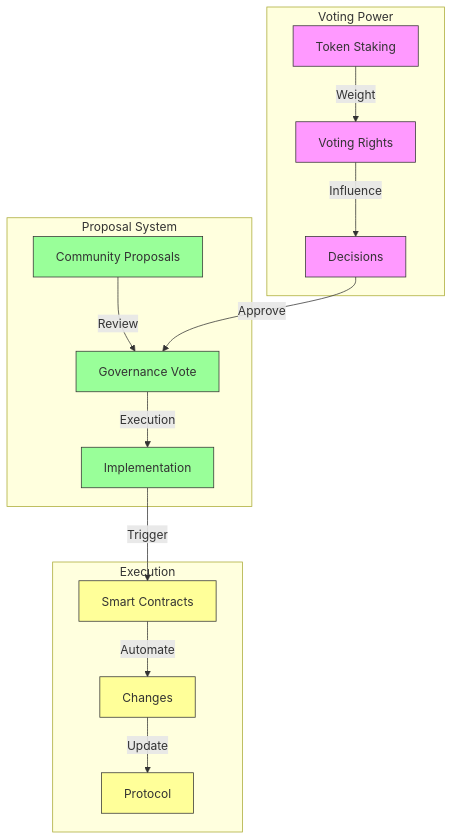
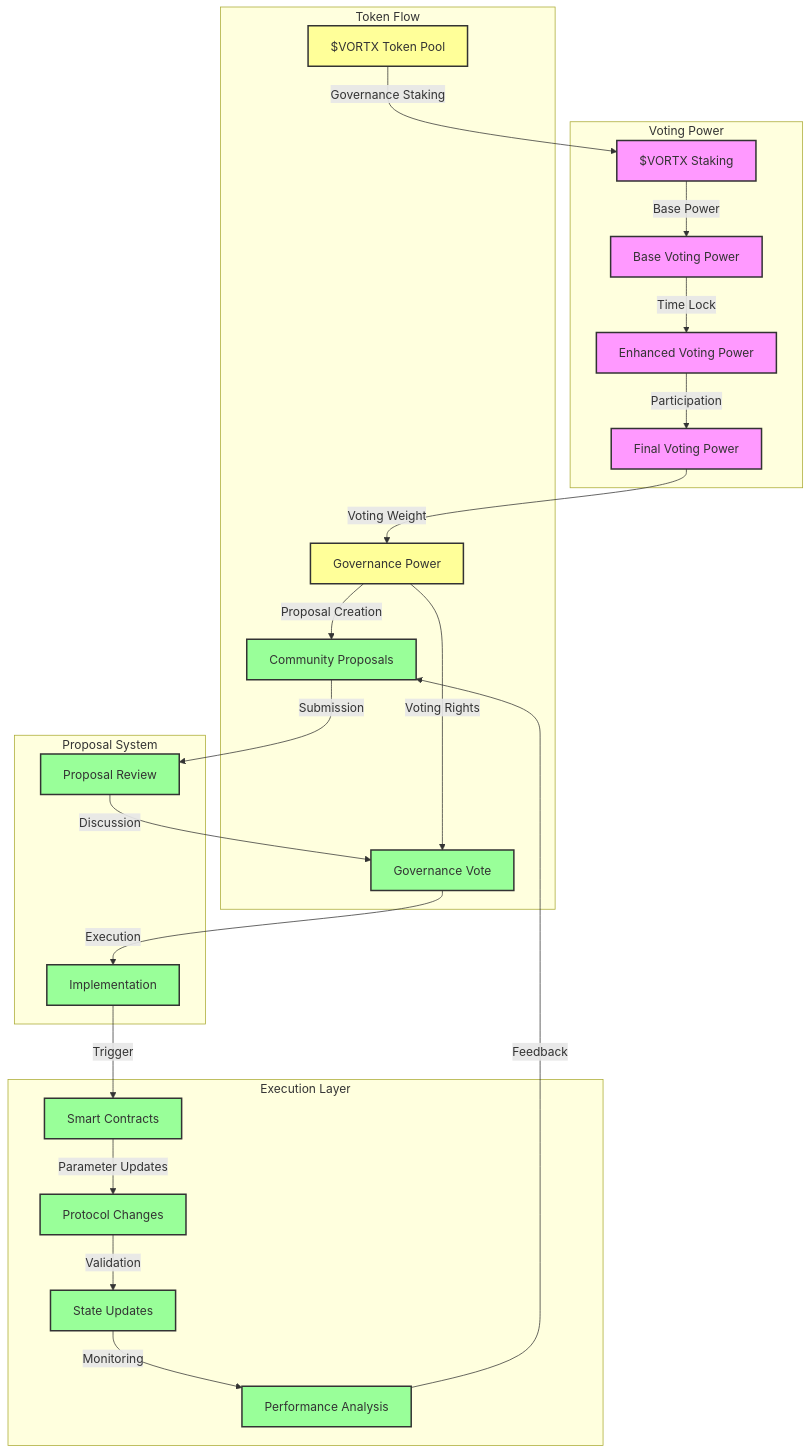
One commit to Vortx-AI/synthetic-satellite changed the third of 4 diagrams in docs/whitepapers/token-economics.md. Above: the diagram before and after it, drawn with Mermaid. The commit also changed other lines of this file and 2 other files, not shown here.

````diff
--- a/docs/whitepapers/token-economics.md
+++ b/docs/whitepapers/token-economics.md
@@ -188,28 +201,40 @@
 ```mermaid
 graph TD
     subgraph Voting Power
-        V1[Token Staking] -->|Weight| V2[Voting Rights]
-        V2 -->|Influence| V3[Decisions]
+        V1[$VORTX Staking] -->|Base Power| V2[Base Voting Power]
+        V2 -->|Time Lock| V3[Enhanced Voting Power]
+        V3 -->|Participation| V4[Final Voting Power]
+    end
+    
+    subgraph Token Flow
+        T1[$VORTX Token Pool] -->|Governance Staking| V1
+        V4 -->|Voting Weight| T2[Governance Power]
+        T2 -->|Proposal Creation| P1
+        T2 -->|Voting Rights| P3
     end
     
     subgraph Proposal System
-        P1[Community Proposals] -->|Review| P2[Governance Vote]
-        P2 -->|Execution| P3[Implementation]
+        P1[Community Proposals] -->|Submission| P2[Proposal Review]
+        P2 -->|Discussion| P3[Governance Vote]
+        P3 -->|Execution| P4[Implementation]
     end
     
-    subgraph Execution
-        E1[Smart Contracts] -->|Automate| E2[Changes]
-        E2 -->|Update| E3[Protocol]
+    subgraph Execution Layer
+        E1[Smart Contracts] -->|Parameter Updates| E2[Protocol Changes]
+        E2 -->|Validation| E3[State Updates]
+        E3 -->|Monitoring| E4[Performance Analysis]
     end
     
-    V3 -->|Approve| P2
-    P3 -->|Trigger| E1
+    P4 -->|Trigger| E1
+    E4 -->|Feedback| P1
     
-    classDef voting fill:#f9f,stroke:#333
-    classDef proposal fill:#9f9,stroke:#333
-    classDef execution fill:#ff9,stroke:#333
+    classDef voting fill:#f9f,stroke:#333,stroke-width:2px
+    classDef token fill:#ff9,stroke:#333,stroke-width:2px
+    classDef proposal fill:#9f9,stroke:#333,stroke-width:2px
+    classDef execution fill:#9f9,stroke:#333,stroke-width:2px
     
-    class V1,V2,V3 voting
-    class P1,P2,P3 proposal
-    class E1,E2,E3 execution
+    class V1,V2,V3,V4 voting
+    class T1,T2 token
+    class P1,P2,P3,P4 proposal
+    class E1,E2,E3,E4 execution
 ```
````
